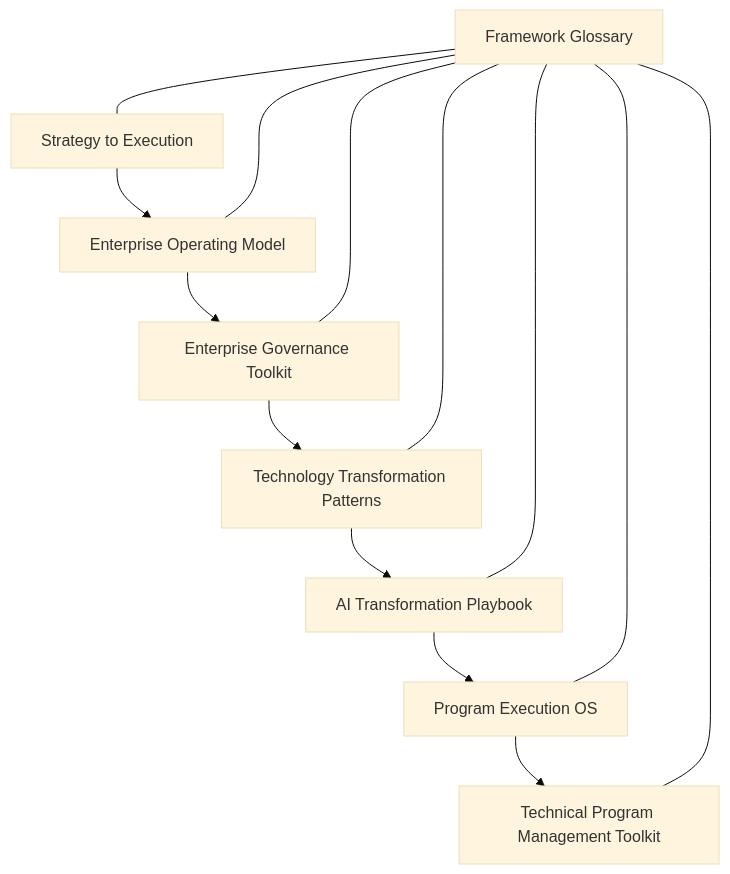
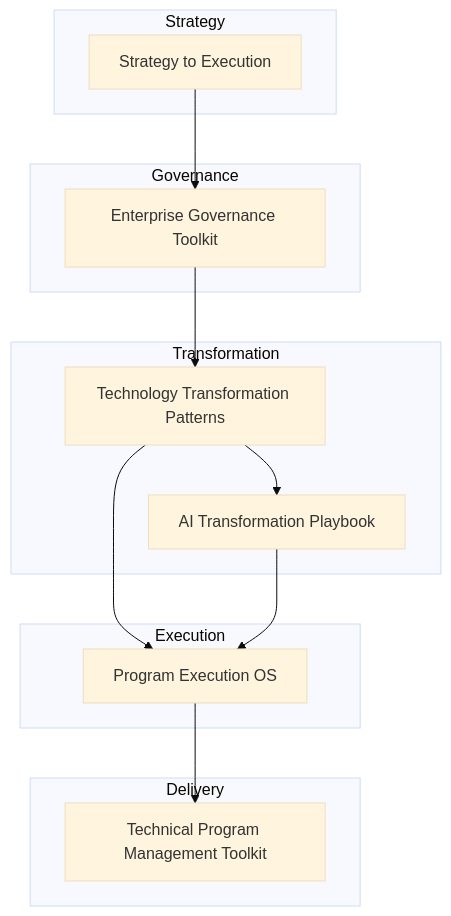
Before and after one commit to somerwalker/transformation-operating-framework: the first of 2 diagrams in README.md, drawn with Mermaid (base theme). The commit also changed other lines of this file, not shown here.

First line of the commit message:
Revise README with updated framework details

````diff
--- a/README.md
+++ b/README.md
@@ -18,21 +40,32 @@
 ```mermaid
 flowchart TB
 
+subgraph Strategy
 A[Strategy to Execution]
---> B[Enterprise Operating Model]
---> C[Enterprise Governance Toolkit]
---> D[Technology Transformation Patterns]
---> E[AI Transformation Playbook]
---> F[Program Execution OS]
---> G[Technical Program Management Toolkit]
+end
 
-H[Framework Glossary]
+subgraph Governance
+B[Enterprise Governance Toolkit]
+end
 
-H --- A
-H --- B
-H --- C
-H --- D
-H --- E
-H --- F
-H --- G
+subgraph Transformation
+C[Technology Transformation Patterns]
+D[AI Transformation Playbook]
+end
+
+subgraph Execution
+E[Program Execution OS]
+end
+
+subgraph Delivery
+F[Technical Program Management Toolkit]
+end
+
+A --> B
+B --> C
+C --> E
+E --> F
+
+C --> D
+D --> E
 ```
````
